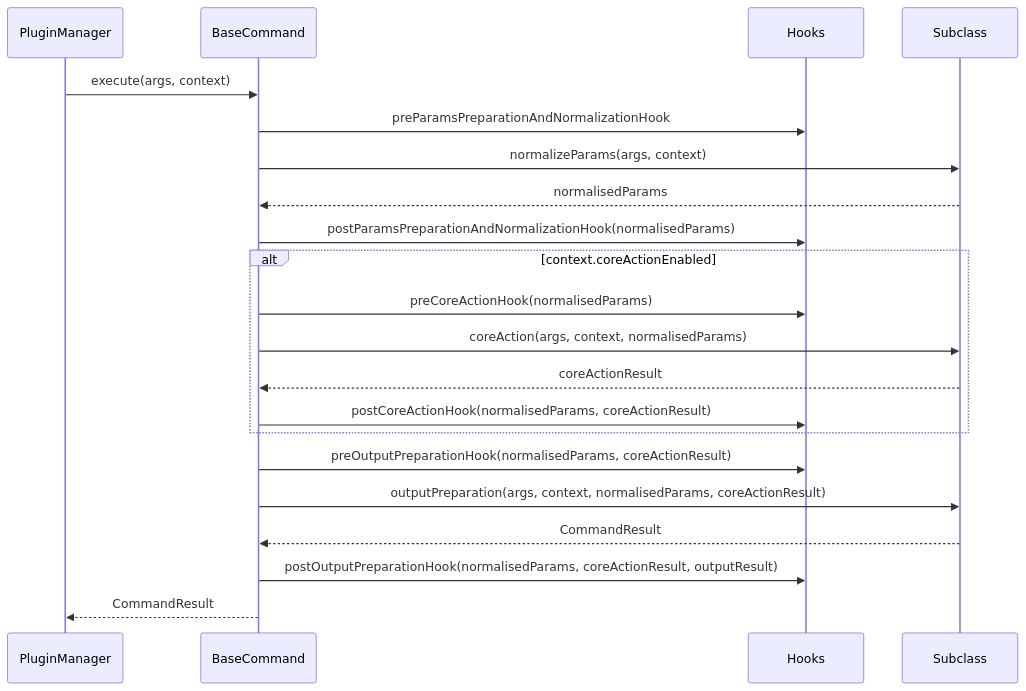
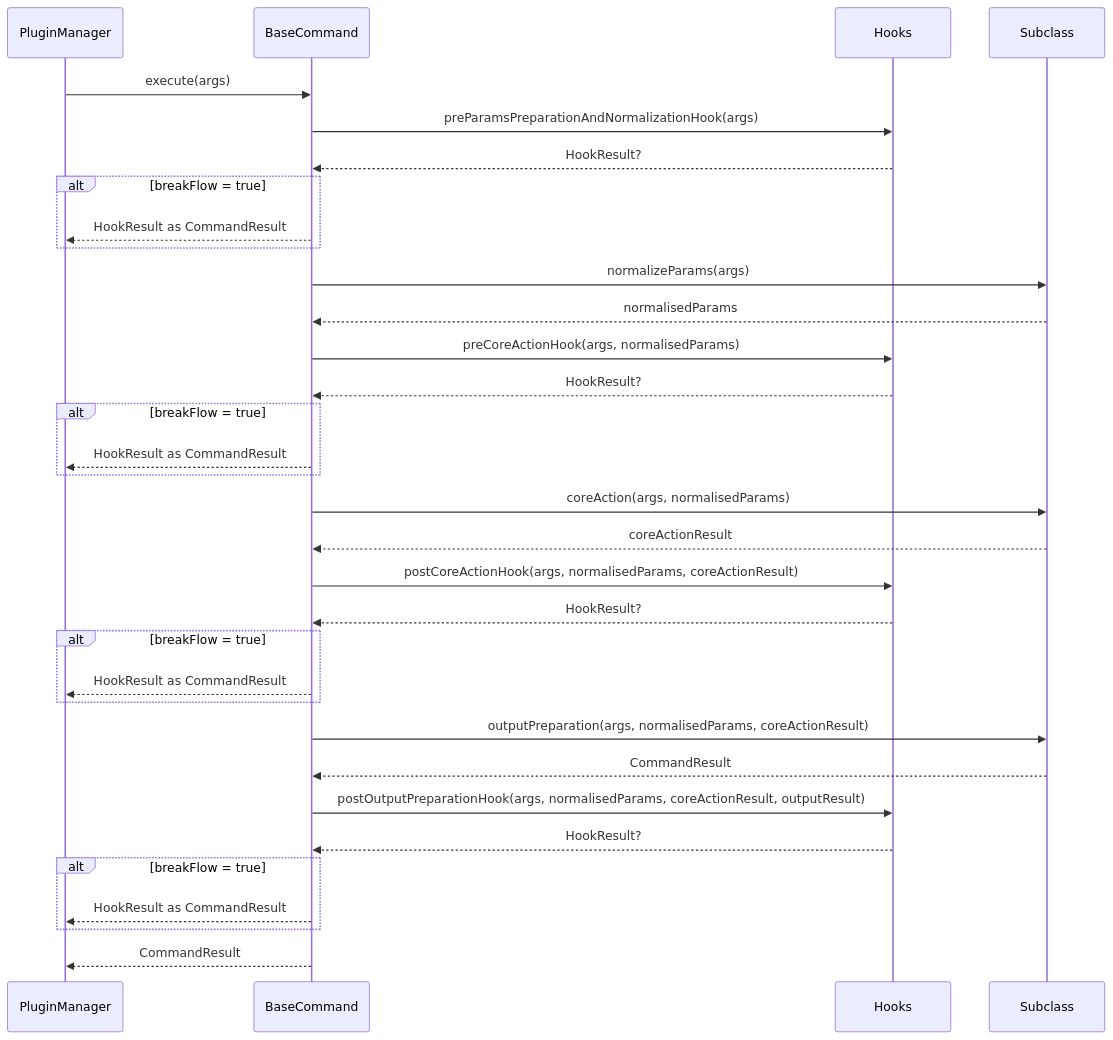
One commit to hiero-ledger/hiero-cli changed the diagram in docs/adr/ADR-009-class-based-handler-and-hook-architecture.md. Above: the diagram before and after it, drawn with Mermaid. The commit also changed other lines of this file, not shown here.

````diff
--- a/docs/adr/ADR-009-class-based-handler-and-hook-architecture.md
+++ b/docs/adr/ADR-009-class-based-handler-and-hook-architecture.md
@@ -434,26 +472,44 @@
 ```mermaid
 sequenceDiagram
     participant PM as PluginManager
     participant BC as BaseCommand
     participant H as Hooks
     participant Sub as Subclass
 
-    PM->>BC: execute(args, context)
-    BC->>H: preParamsPreparationAndNormalizationHook
-    BC->>Sub: normalizeParams(args, context)
-    Sub-->>BC: normalisedParams
-    BC->>H: postParamsPreparationAndNormalizationHook(normalisedParams)
+    PM->>BC: execute(args)
 
-    alt context.coreActionEnabled
-        BC->>H: preCoreActionHook(normalisedParams)
-        BC->>Sub: coreAction(args, context, normalisedParams)
-        Sub-->>BC: coreActionResult
-        BC->>H: postCoreActionHook(normalisedParams, coreActionResult)
+    BC->>H: preParamsPreparationAndNormalizationHook(args)
+    H-->>BC: HookResult?
+    alt breakFlow = true
+        BC-->>PM: HookResult as CommandResult
     end
 
-    BC->>H: preOutputPreparationHook(normalisedParams, coreActionResult)
-    BC->>Sub: outputPreparation(args, context, normalisedParams, coreActionResult)
+    BC->>Sub: normalizeParams(args)
+    Sub-->>BC: normalisedParams
+
+    BC->>H: preCoreActionHook(args, normalisedParams)
+    H-->>BC: HookResult?
+    alt breakFlow = true
+        BC-->>PM: HookResult as CommandResult
+    end
+
+    BC->>Sub: coreAction(args, normalisedParams)
+    Sub-->>BC: coreActionResult
+
+    BC->>H: postCoreActionHook(args, normalisedParams, coreActionResult)
+    H-->>BC: HookResult?
+    alt breakFlow = true
+        BC-->>PM: HookResult as CommandResult
+    end
+
+    BC->>Sub: outputPreparation(args, normalisedParams, coreActionResult)
     Sub-->>BC: CommandResult
-    BC->>H: postOutputPreparationHook(normalisedParams, coreActionResult, outputResult)
+
+    BC->>H: postOutputPreparationHook(args, normalisedParams, coreActionResult, outputResult)
+    H-->>BC: HookResult?
+    alt breakFlow = true
+        BC-->>PM: HookResult as CommandResult
+    end
+
     BC-->>PM: CommandResult
 ```
````
